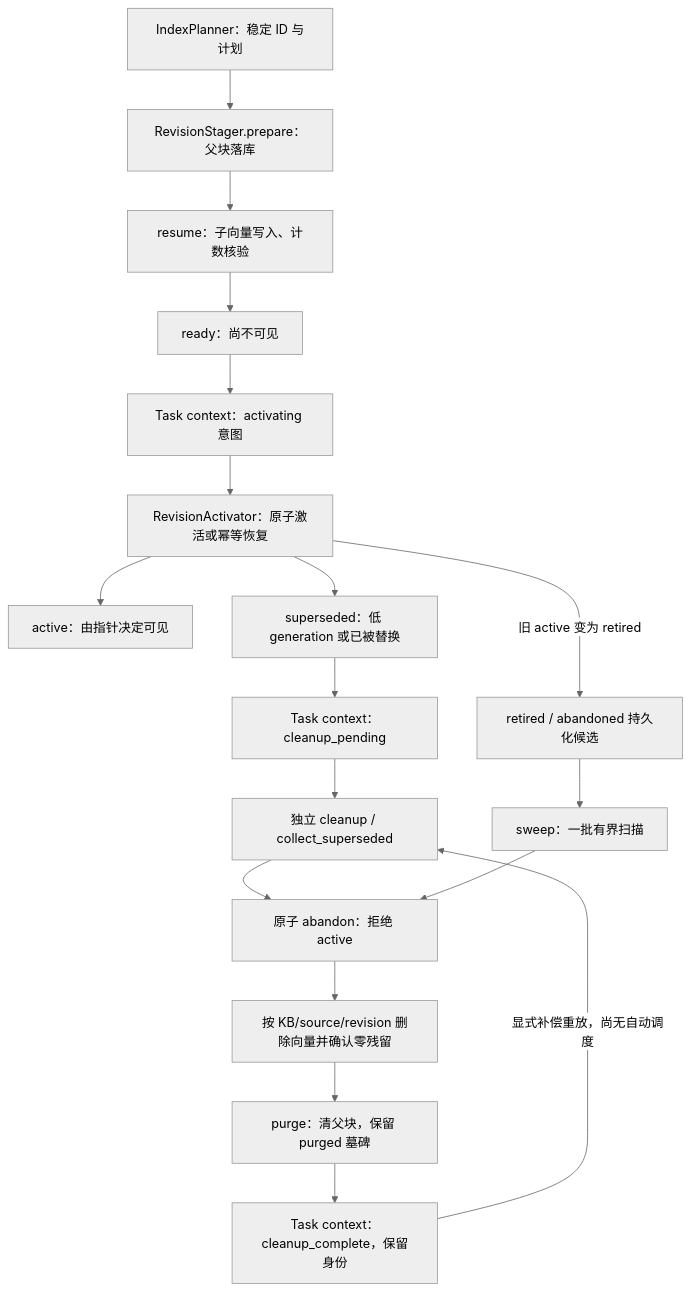
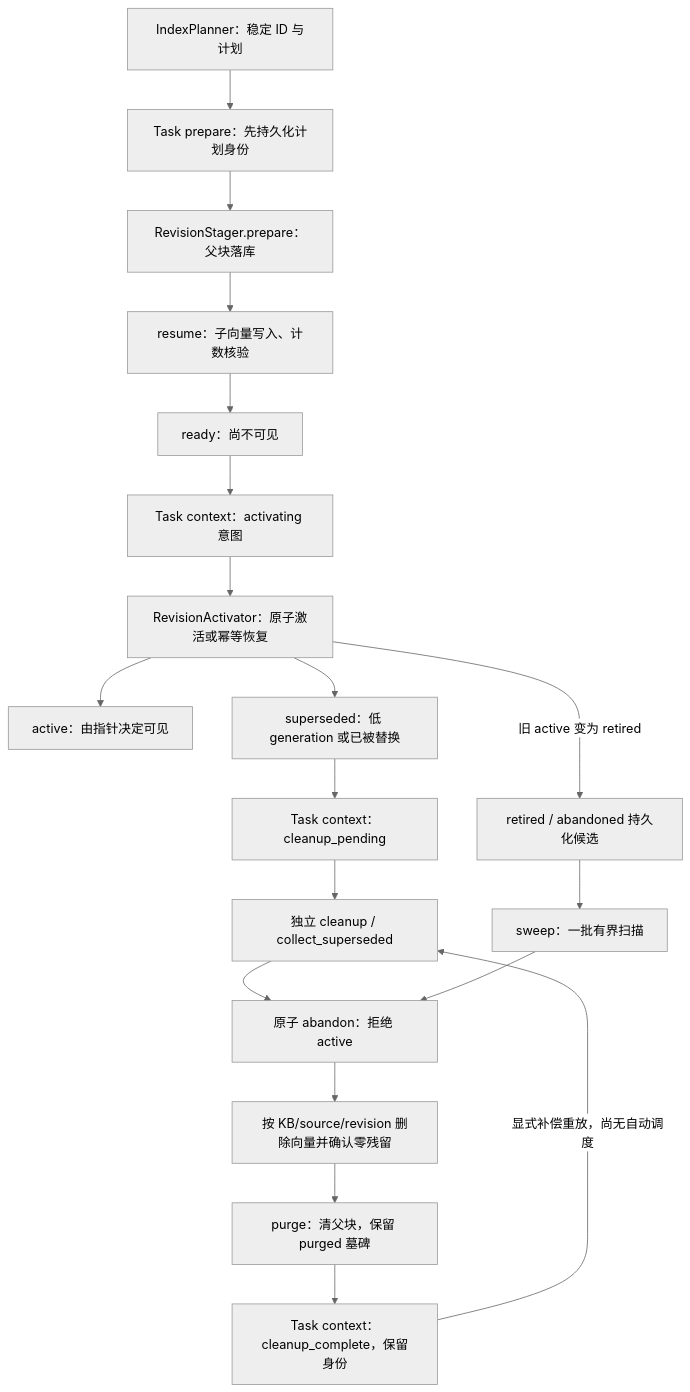
One commit to comet-7x/comet-rag changed the fourth of 5 diagrams in docs/structure.md. Above: the diagram before and after it, drawn with Mermaid (neutral theme). The commit also changed other lines of this file and 19 other files, not shown here.

````diff
--- a/docs/structure.md
+++ b/docs/structure.md
@@ -192,20 +192,21 @@
 ```mermaid
 flowchart TD
-    plan["IndexPlanner：稳定 ID 与计划"] --> prepare["RevisionStager.prepare：父块落库"]
+    plan["IndexPlanner：稳定 ID 与计划"] --> preparing["Task prepare：先持久化计划身份"]
+    preparing --> prepare["RevisionStager.prepare：父块落库"]
     prepare --> resume["resume：子向量写入、计数核验"]
     resume --> ready["ready：尚不可见"]
     ready --> intent["Task context：activating 意图"]
     intent --> activate["RevisionActivator：原子激活或幂等恢复"]
     activate --> active["active：由指针决定可见"]
     activate --> superseded["superseded：低 generation 或已被替换"]
     superseded --> receipt["Task context：cleanup_pending"]
     receipt --> collect["独立 cleanup / collect_superseded"]
     collect --> abandon["原子 abandon：拒绝 active"]
     candidates["retired / abandoned 持久化候选"] --> sweep["sweep：一批有界扫描"]
     activate -->|"旧 active 变为 retired"| candidates
     sweep --> abandon
     abandon --> delete["按 KB/source/revision 删除向量并确认零残留"]
     delete --> purge["purge：清父块，保留 purged 墓碑"]
     purge --> complete["Task context：cleanup_complete，保留身份"]
     complete -->|"显式补偿重放，尚无自动调度"| collect
 ```
````
